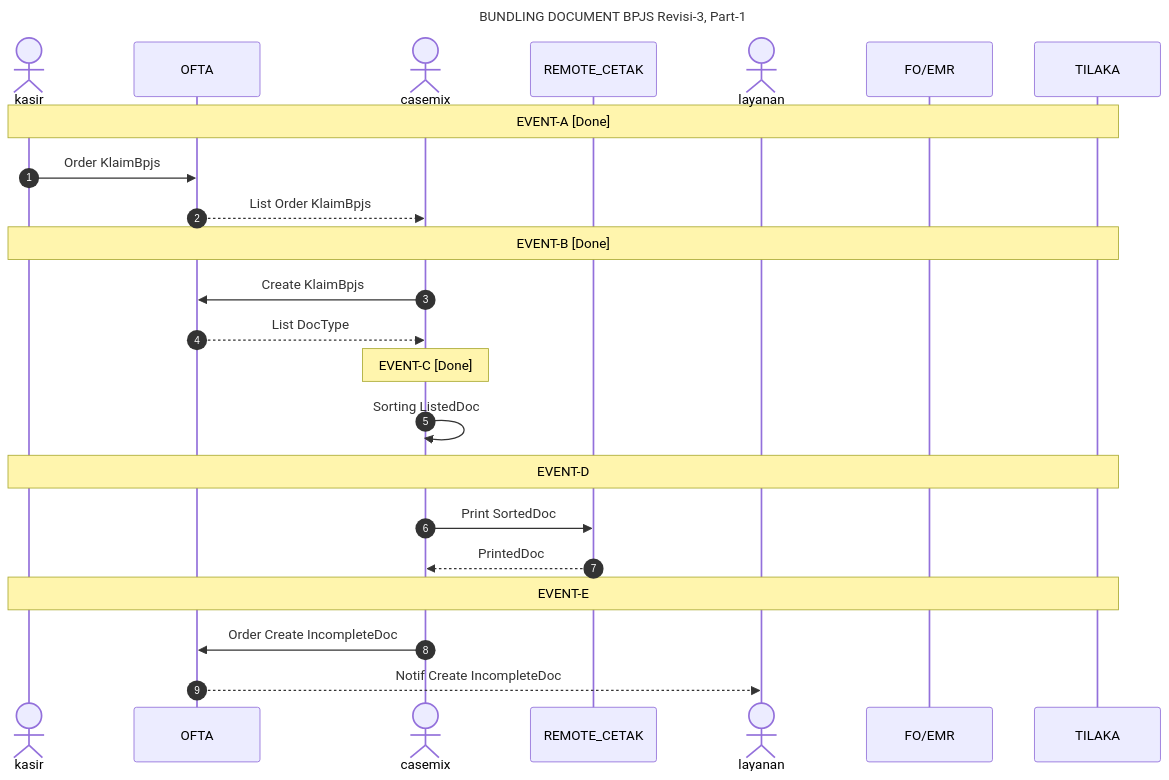
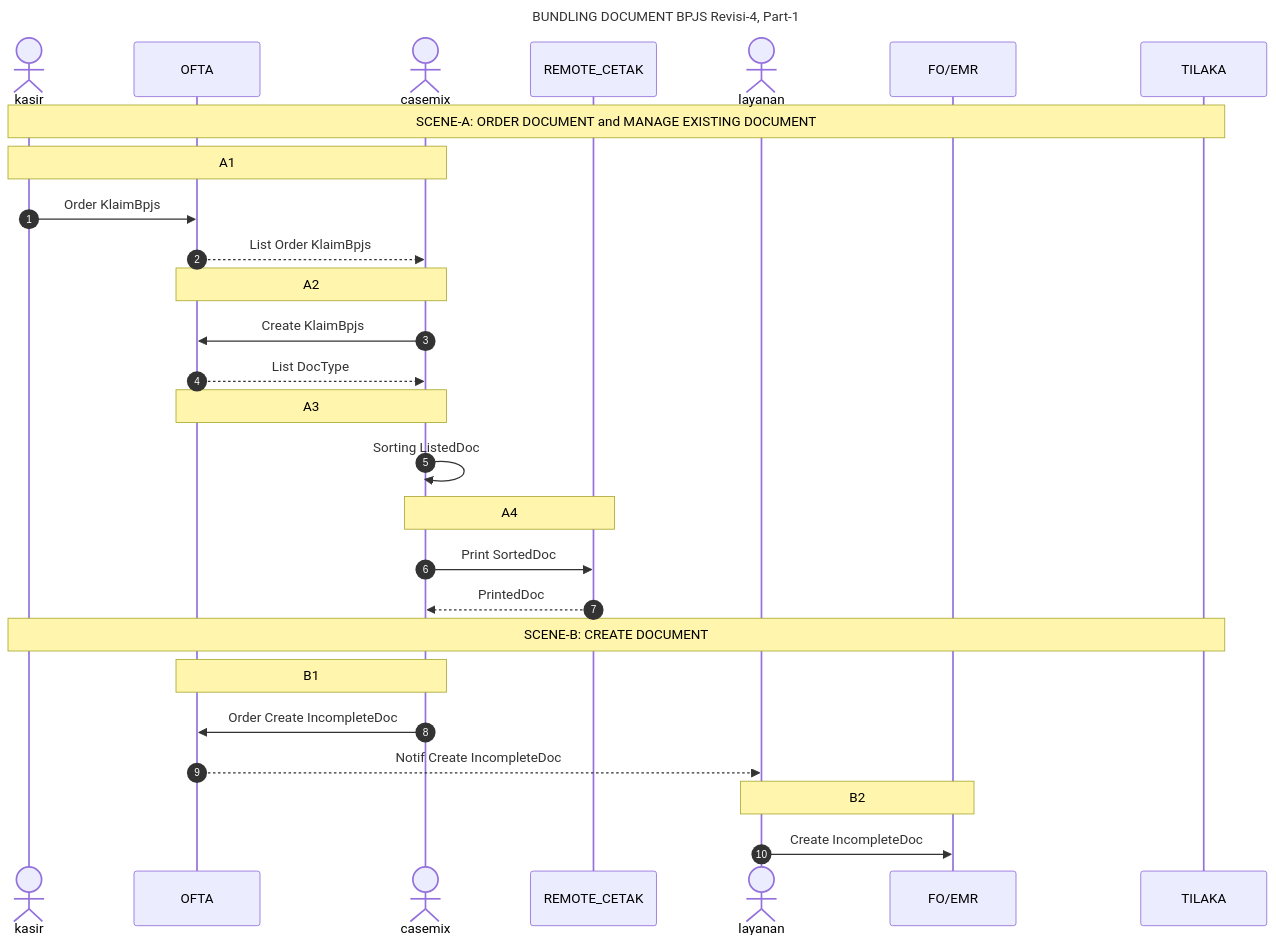
The first of 2 diagrams in readme-bpjs-flow.md (smart-ics/b005-ofta-api), drawn with Mermaid before and after one commit. The commit also changed other lines of this file, not shown here.

````diff
--- a/readme-bpjs-flow.md
+++ b/readme-bpjs-flow.md
@@ -1,31 +4,36 @@
 ```mermaid
 sequenceDiagram
-    title BUNDLING DOCUMENT BPJS Revisi-3, Part-1
+    title BUNDLING DOCUMENT BPJS Revisi-4, Part-1
     actor kasir
     participant OFTA
     actor casemix
     participant REMOTE_CETAK
     actor layanan
     participant FO/EMR
     participant TILAKA
     autonumber 1
 
-    note over kasir, TILAKA: EVENT-A [Done]
+    note over kasir, TILAKA: SCENE-A: ORDER DOCUMENT and MANAGE EXISTING DOCUMENT
+    note over kasir, casemix: A1
     kasir ->> OFTA: Order KlaimBpjs 
     OFTA -->> casemix: List Order KlaimBpjs 
 
-    note over kasir, TILAKA: EVENT-B [Done]
+    note over OFTA, casemix: A2
     casemix ->> OFTA: Create KlaimBpjs
     OFTA -->> casemix: List DocType
 
-    note over casemix: EVENT-C [Done]
+    note over OFTA, casemix: A3
     casemix ->> casemix: Sorting ListedDoc
     
-    note over kasir, TILAKA: EVENT-D
+    note over casemix, REMOTE_CETAK: A4
     casemix ->> REMOTE_CETAK: Print SortedDoc
     REMOTE_CETAK -->> casemix : PrintedDoc
 
-    note over kasir, TILAKA: EVENT-E
+    note over kasir, TILAKA: SCENE-B: CREATE DOCUMENT 
+    note over OFTA, casemix: B1
     casemix ->> OFTA: Order Create IncompleteDoc 
     OFTA -->> layanan: Notif Create IncompleteDoc
+    
+    note over layanan, FO/EMR: B2
+    layanan ->> FO/EMR : Create IncompleteDoc
 ```
````
